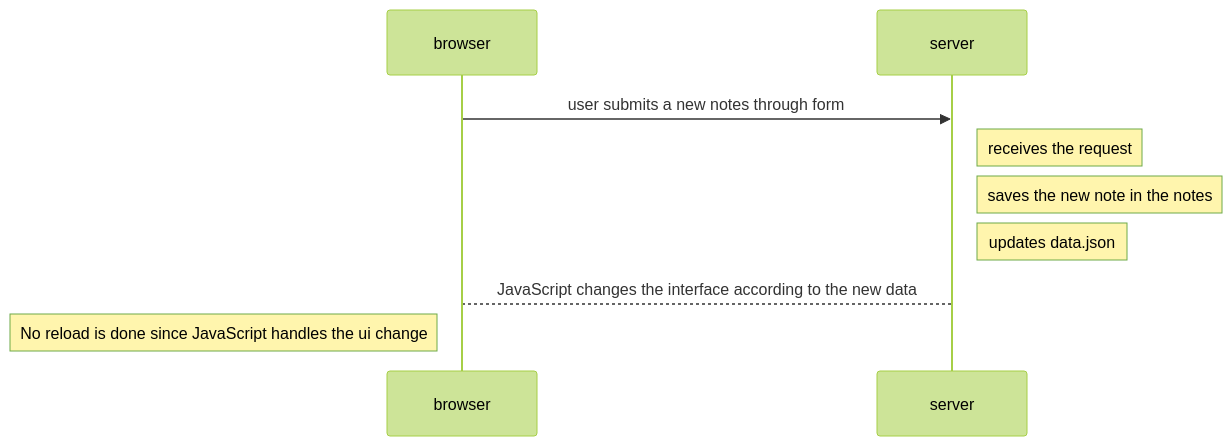
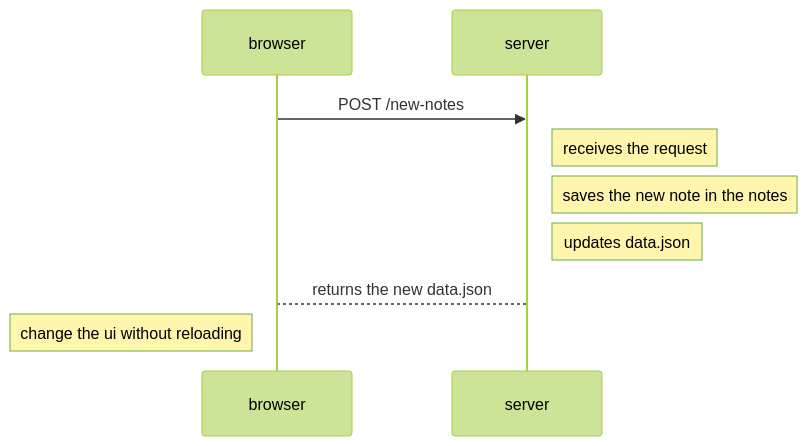
The diagram in part-0/0.5 - Single Page App Diagram/README.md (LeejanAlipio/fullstackopen), drawn with Mermaid (forest theme) before and after one commit.

Commit message:
docs: update sequence diagram to reflect new note submission process

````diff
--- a/part-0/0.5 - Single Page App Diagram/README.md
+++ b/part-0/0.5 - Single Page App Diagram/README.md
@@ -3,9 +3,9 @@
 ```mermaid
 sequenceDiagram
-  browser->>server: user submits a new notes through form
+  browser->>server: POST /new-notes
   Note right of server: receives the request
   Note right of server: saves the new note in the notes
   Note right of server: updates data.json
-  server-->browser: JavaScript changes the interface according to the new data
-  Note left of browser: No reload is done since JavaScript handles the ui change
+  server-->browser: returns the new data.json
+  Note left of browser: change the ui without reloading
 ```
````
